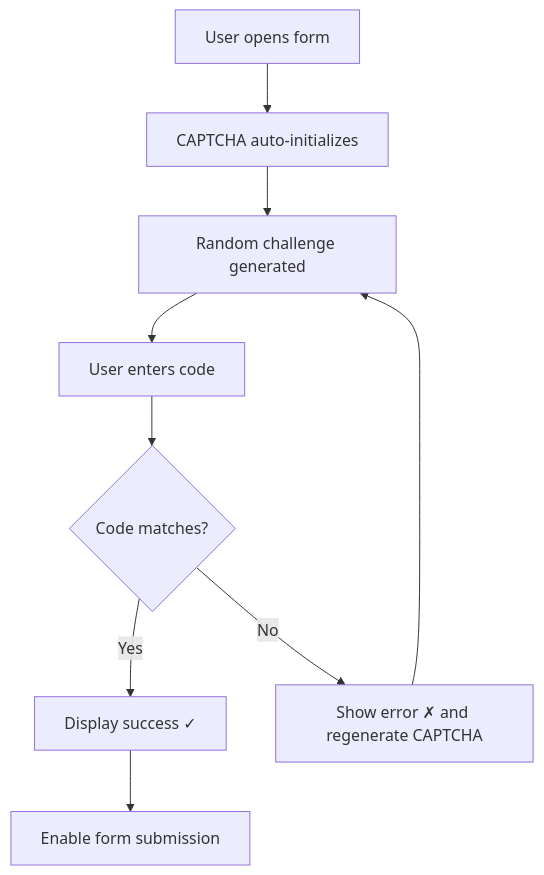
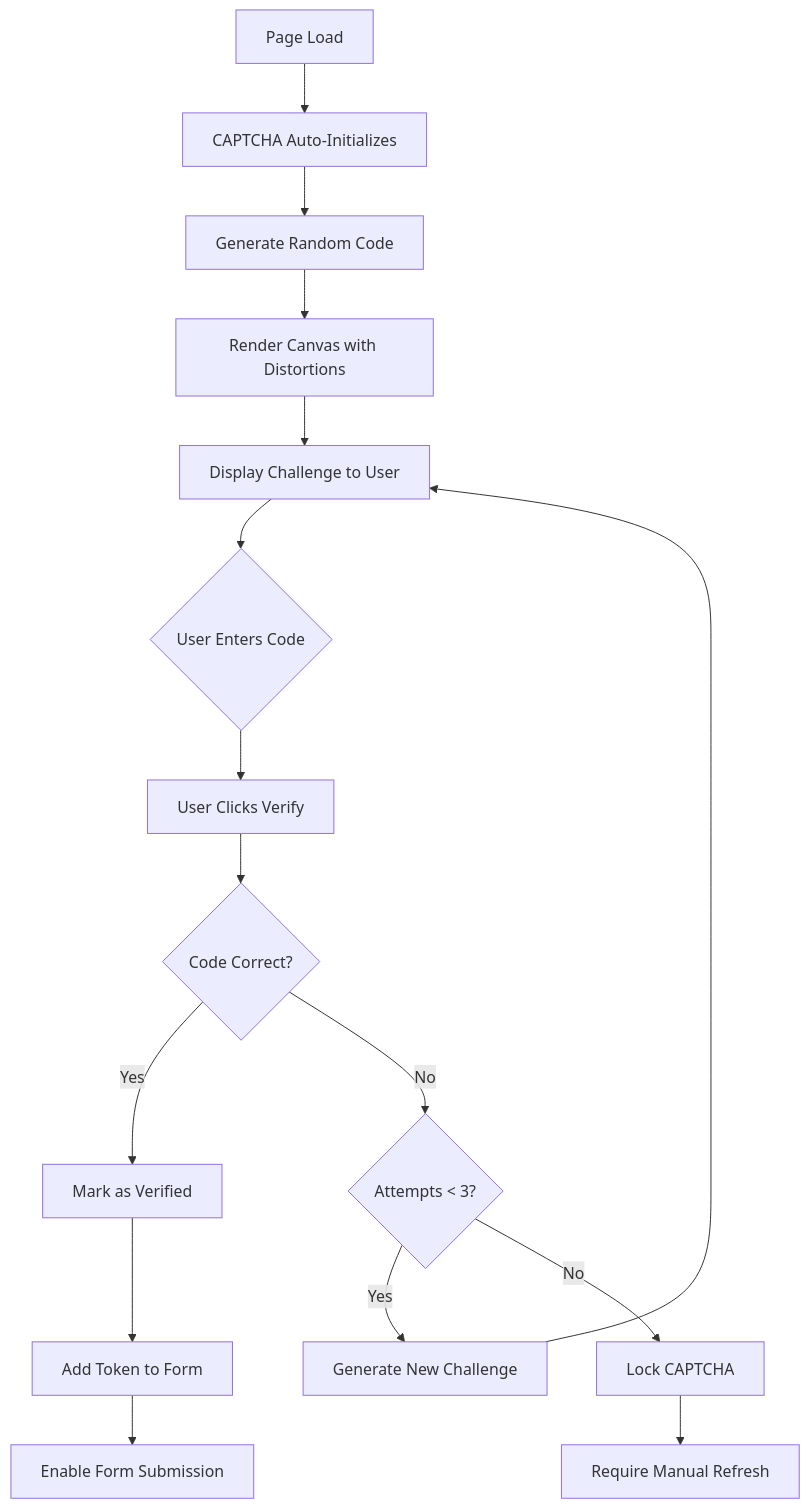
The first of 3 diagrams in README.md (xsukax/xsukax-JS-CAPTCHA), drawn with Mermaid before and after one commit. The commit also changed other lines of this file, not shown here.

````diff
--- a/README.md
+++ b/README.md
@@ -75,11 +333,18 @@
 ```mermaid
 graph TD
-A[User opens form] --> B[CAPTCHA auto-initializes]
-B --> C[Random challenge generated]
-C --> D[User enters code]
-D --> E{Code matches?}
-E -->|Yes| F[Display success ✓]
-E -->|No| G[Show error ✗ and regenerate CAPTCHA]
-F --> H[Enable form submission]
-G --> C
+    A[Page Load] --> B[CAPTCHA Auto-Initializes]
+    B --> C[Generate Random Code]
+    C --> D[Render Canvas with Distortions]
+    D --> E[Display Challenge to User]
+    E --> F{User Enters Code}
+    F --> G[User Clicks Verify]
+    G --> H{Code Correct?}
+    H -->|Yes| I[Mark as Verified]
+    H -->|No| J{Attempts < 3?}
+    J -->|Yes| K[Generate New Challenge]
+    J -->|No| L[Lock CAPTCHA]
+    K --> E
+    I --> M[Add Token to Form]
+    M --> N[Enable Form Submission]
+    L --> O[Require Manual Refresh]
 ```
````
